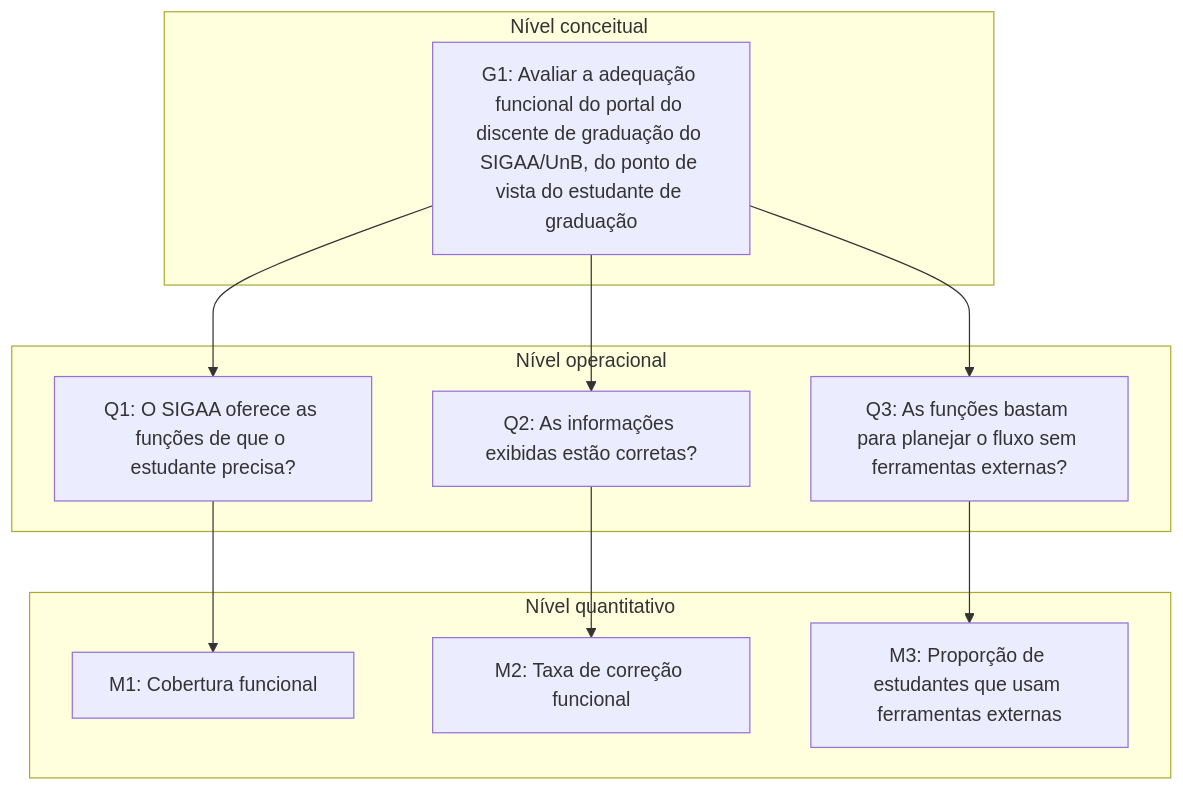
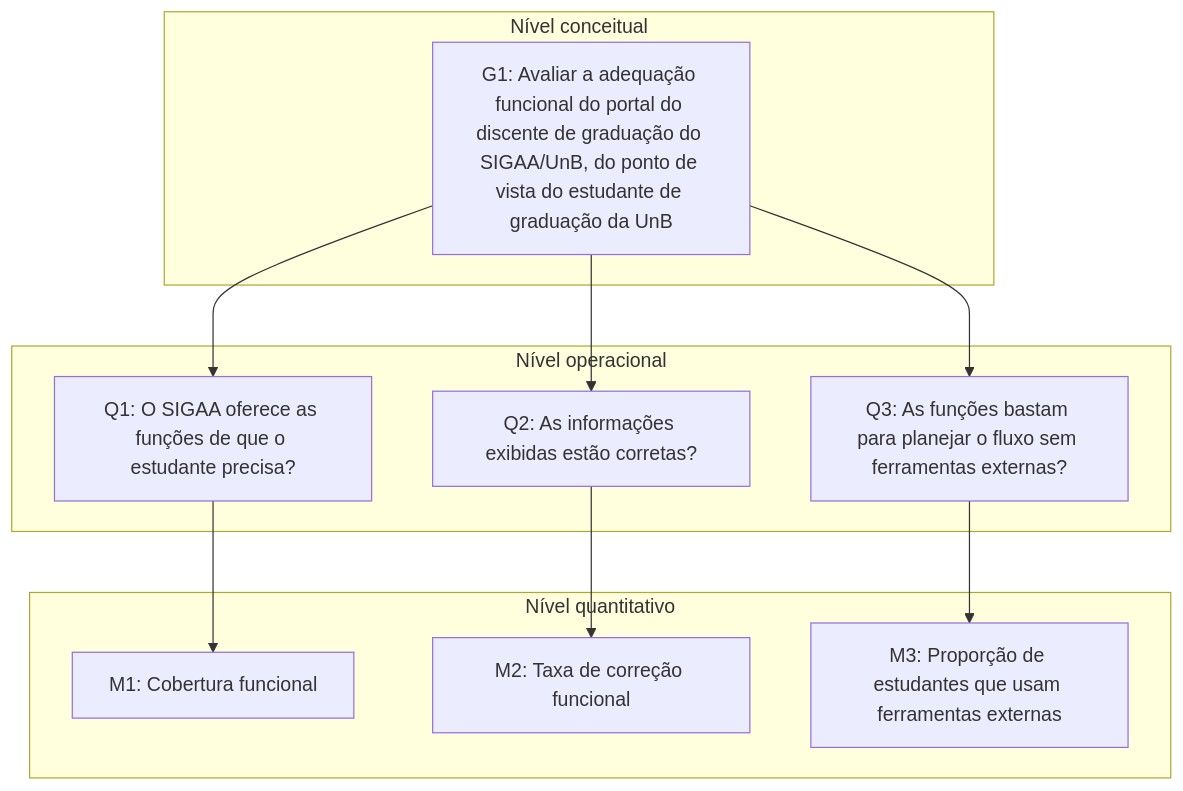
The second of 4 diagrams in docs/fase-2/grafico-gqm.md (FCTE-Qualidade-de-Software-1/2026-2_T02_ADELE_GOLDSTINE), drawn with Mermaid before and after one commit. The commit also changed other lines of this file and 2 other files, not shown here.

First line of the commit message:
[D09] Unifica o ponto de vista dos objetivos

````diff
--- a/docs/fase-2/grafico-gqm.md
+++ b/docs/fase-2/grafico-gqm.md
@@ -69,20 +69,20 @@
 ```mermaid
 flowchart TD
     subgraph C["Nível conceitual"]
-        G1["G1: Avaliar a adequação funcional do portal do discente de graduação do SIGAA/UnB, do ponto de vista do estudante de graduação"]
+        G1["G1: Avaliar a adequação funcional do portal do discente de graduação do SIGAA/UnB, do ponto de vista do estudante de graduação da UnB"]
     end
     subgraph O["Nível operacional"]
         Q1["Q1: O SIGAA oferece as funções de que o estudante precisa?"]
         Q2["Q2: As informações exibidas estão corretas?"]
         Q3["Q3: As funções bastam para planejar o fluxo sem ferramentas externas?"]
     end
     subgraph Qt["Nível quantitativo"]
         M1["M1: Cobertura funcional"]
         M2["M2: Taxa de correção funcional"]
         M3["M3: Proporção de estudantes que usam ferramentas externas"]
     end
     G1 --> Q1 & Q2 & Q3
     Q1 --> M1
     Q2 --> M2
     Q3 --> M3
 ```
````
